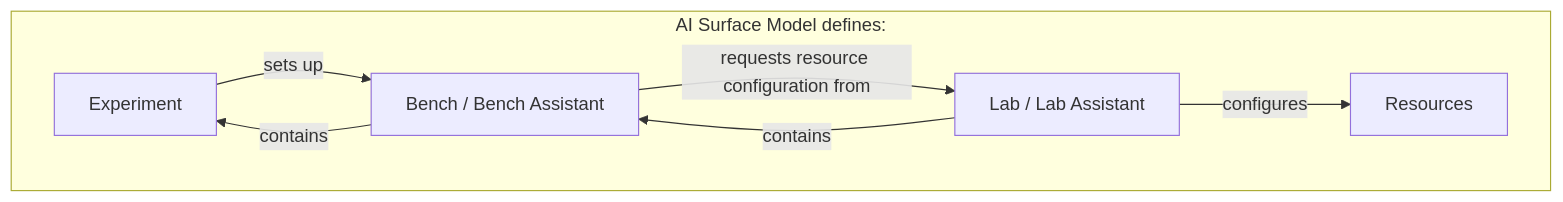
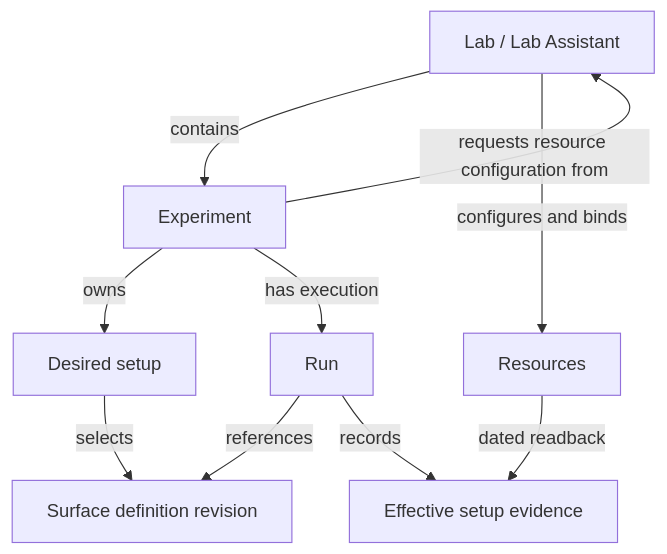
One commit to injectionator/ai-surface-model changed the diagram in models/README.md. Above: the diagram before and after it, drawn with Mermaid. The commit also changed other lines of this file and 18 other files, not shown here.

Commit message:
docs: verify graph reconciliation and retire Bench

````diff
--- a/models/README.md
+++ b/models/README.md
@@ -39,15 +31,12 @@
 ```mermaid
 flowchart TB
-    subgraph ASM["AI Surface Model defines:"]
-        Experiment["Experiment"]
-        Bench["Bench / Bench Assistant"]
-        Lab["Lab / Lab Assistant"]
-
-        Experiment -->|sets up| Bench
-        Bench -->|requests resource configuration from| Lab
-        Lab -->|configures| Resources
-
-        Bench -->|contains| Experiment
-        Lab -->|contains| Bench
-    end
+    Lab["Lab / Lab Assistant"] -->|contains| Experiment
+    Experiment -->|owns| Setup[Desired setup]
+    Setup -->|selects| Definition[Surface definition revision]
+    Experiment -->|requests resource configuration from| Lab
+    Lab -->|configures and binds| Resources
+    Resources -->|dated readback| Observation[Effective setup evidence]
+    Experiment -->|has execution| Run
+    Run -->|references| Definition
+    Run -->|records| Observation
 ```
````
